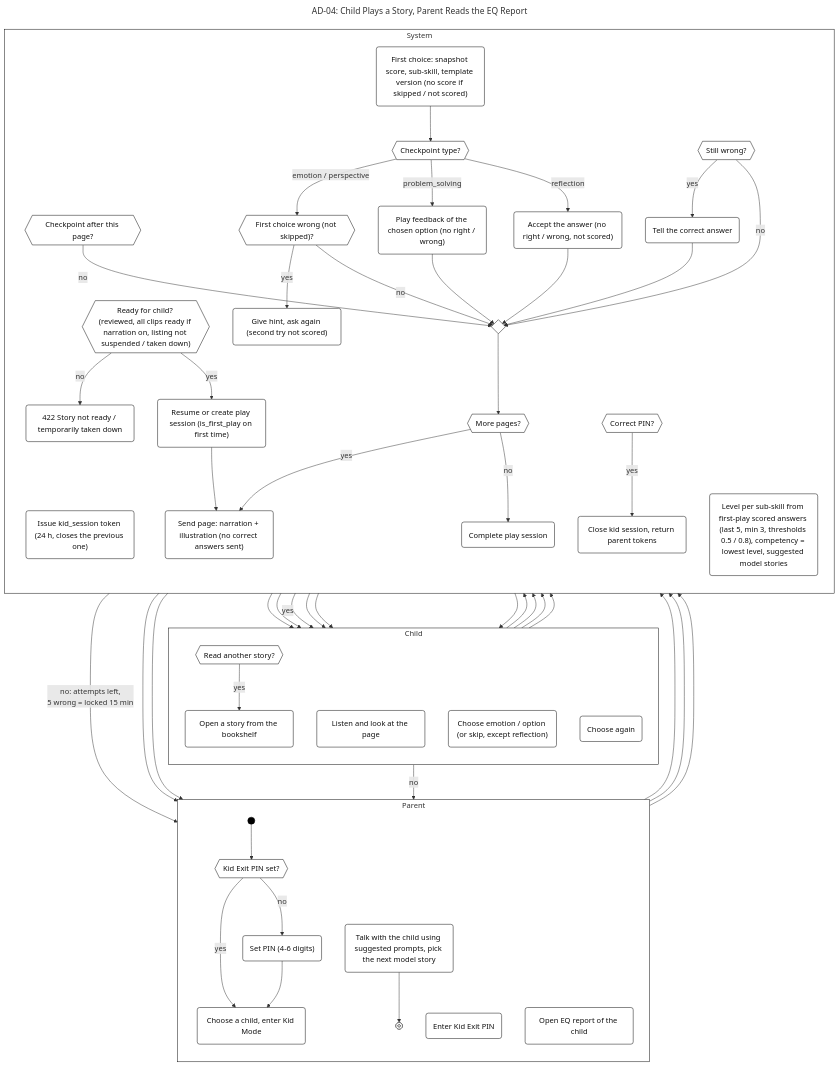
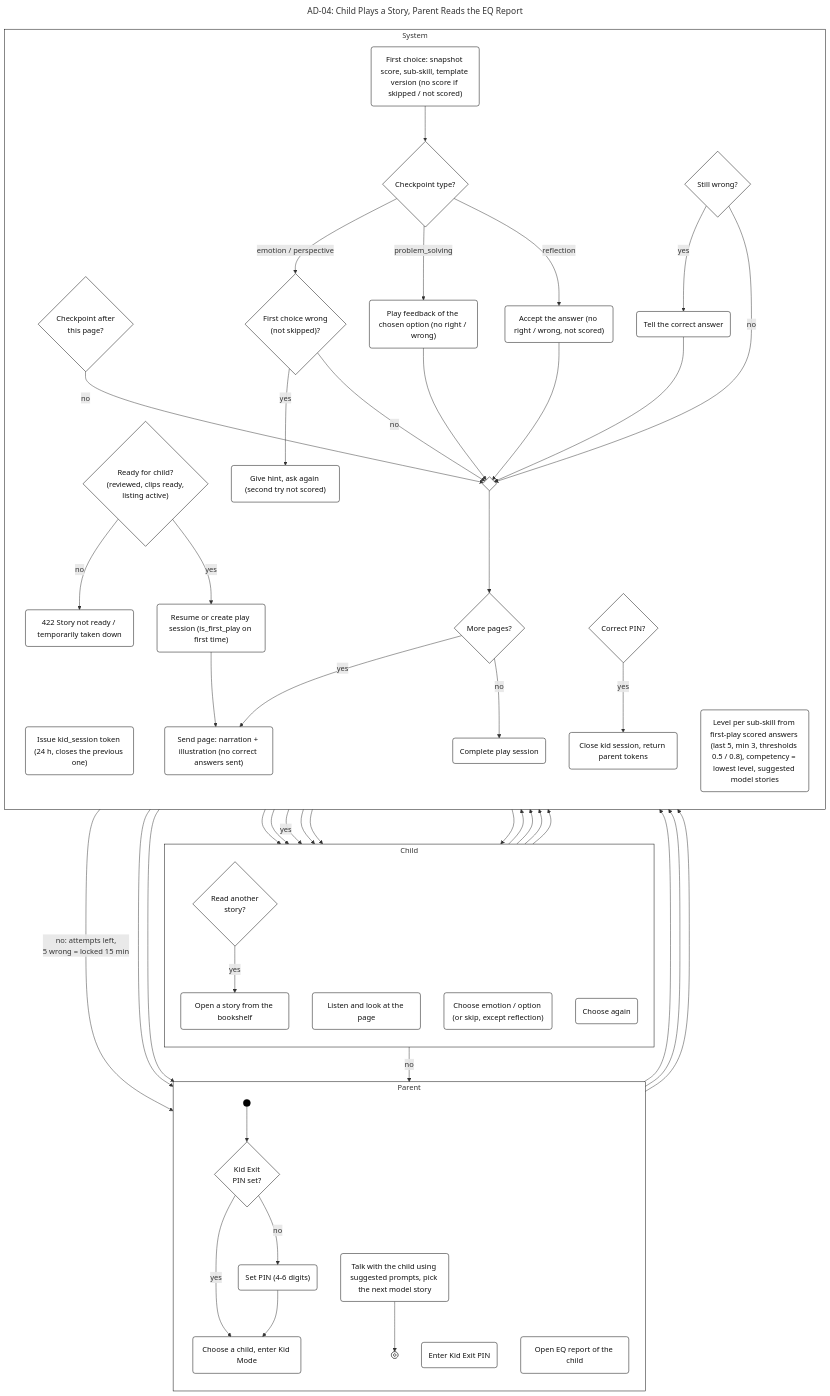
The diagram in docs/diagrams/activity/AD-04-play-and-eq-report.mmd (SEP490-GFA26SE186/BE), drawn with Mermaid before and after one commit. The commit also changed 17 other files, not shown here.

```diff
--- a/docs/diagrams/activity/AD-04-play-and-eq-report.mmd
+++ b/docs/diagrams/activity/AD-04-play-and-eq-report.mmd
@@ -1,97 +1,97 @@
 ---
 title: "AD-04: Child Plays a Story, Parent Reads the EQ Report"
 ---
 %%{init: {"flowchart": {"curve": "linear", "nodeSpacing": 30, "rankSpacing": 40}, "themeVariables": {"fontFamily": "Arial", "fontSize": "14px", "lineColor": "#333333"}}%%
 flowchart TB
   subgraph L_P["Parent"]
     direction TB
     start((" "))
-    d_pin{{"Kid Exit PIN set?"}}
+    d_pin{"Kid Exit<br/>PIN set?"}
     a_setpin("Set PIN (4-6 digits)")
     a_enter("Choose a child, enter Kid Mode")
     a_exitpin("Enter Kid Exit PIN")
     a_eq("Open EQ report of the child")
     a_talk("Talk with the child using suggested prompts, pick the next model story")
     n_end@{ shape: fr-circ }
   end
   subgraph L_C["Child"]
     direction TB
     a_open("Open a story from the bookshelf")
     a_listen("Listen and look at the page")
     a_choose("Choose emotion / option (or skip, except reflection)")
     a_again("Choose again")
-    d_another{{"Read another story?"}}
+    d_another{"Read another<br/>story?"}
   end
   subgraph L_S["System"]
     direction TB
     s_token("Issue kid_session token (24 h, closes the previous one)")
-    d_ready{{"Ready for child? (reviewed, all clips ready if narration on, listing not suspended / taken down)"}}
+    d_ready{"Ready for child?<br/>(reviewed, clips ready,<br/>listing active)"}
     s_notready("422 Story not ready / temporarily taken down")
     s_session("Resume or create play session (is_first_play on first time)")
     s_page("Send page: narration + illustration (no correct answers sent)")
-    d_cp{{"Checkpoint after this page?"}}
+    d_cp{"Checkpoint after<br/>this page?"}
     s_first("First choice: snapshot score, sub-skill, template version (no score if skipped / not scored)")
-    d_type{{"Checkpoint type?"}}
-    d_wrong{{"First choice wrong (not skipped)?"}}
+    d_type{"Checkpoint type?"}
+    d_wrong{"First choice wrong<br/>(not skipped)?"}
     s_feedback("Play feedback of the chosen option (no right / wrong)")
     s_accept("Accept the answer (no right / wrong, not scored)")
     s_hint("Give hint, ask again (second try not scored)")
-    d_still{{"Still wrong?"}}
+    d_still{"Still wrong?"}
     s_tell("Tell the correct answer")
     merge{" "}
-    d_more{{"More pages?"}}
+    d_more{"More pages?"}
     s_complete("Complete play session")
-    d_pin2{{"Correct PIN?"}}
+    d_pin2{"Correct PIN?"}
     s_close("Close kid session, return parent tokens")
     s_eq("Level per sub-skill from first-play scored answers (last 5, min 3, thresholds 0.5 / 0.8), competency = lowest level, suggested model stories")
   end
 
   start --> d_pin
   d_pin -- "no" --> a_setpin
   d_pin -- "yes" --> a_enter
   a_setpin --> a_enter
   a_enter --> s_token
   s_token --> a_open
   a_open --> d_ready
   d_ready -- "no" --> s_notready
   d_ready -- "yes" --> s_session
   s_session --> s_page
   s_page --> a_listen
   a_listen --> d_cp
   d_cp -- "yes" --> a_choose
   d_cp -- "no" --> merge
   a_choose --> s_first
   s_first --> d_type
   d_type -- "emotion / perspective" --> d_wrong
   d_type -- "problem_solving" --> s_feedback
   d_type -- "reflection" --> s_accept
   d_wrong -- "yes" --> s_hint
   d_wrong -- "no" --> merge
   s_hint --> a_again
   a_again --> d_still
   d_still -- "yes" --> s_tell
   d_still -- "no" --> merge
   s_tell --> merge
   s_feedback --> merge
   s_accept --> merge
   merge --> d_more
   d_more -- "yes" --> s_page
   d_more -- "no" --> s_complete
   s_complete --> d_another
   s_notready --> d_another
   d_another -- "yes" --> a_open
   d_another -- "no" --> a_exitpin
   a_exitpin --> d_pin2
   d_pin2 -- "no: attempts left,<br/>5 wrong = locked 15 min" --> a_exitpin
   d_pin2 -- "yes" --> s_close
   s_close --> a_eq
   a_eq --> s_eq
   s_eq --> a_talk
   a_talk --> n_end
 
   classDef default fill:#FFFFFF,stroke:#000000,color:#111111
   classDef solid fill:#000000,stroke:#000000
   class start solid
   style L_P fill:#FFFFFF,stroke:#000000
   style L_C fill:#FFFFFF,stroke:#000000
   style L_S fill:#FFFFFF,stroke:#000000
```
